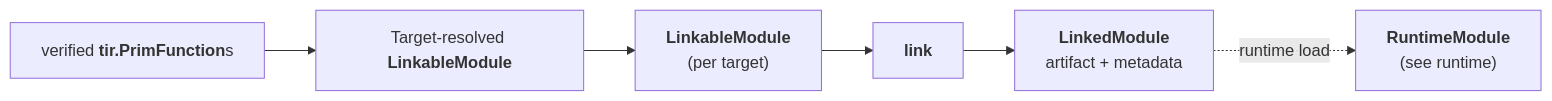
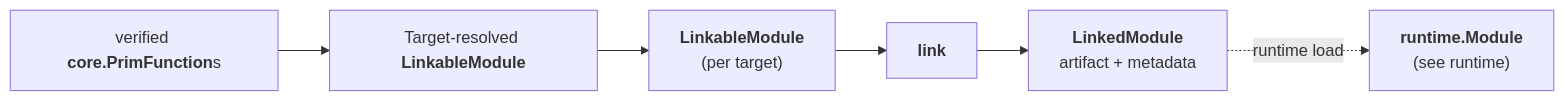
The diagram in docs/spec/codegen.md (tile-ai/TileFoundry), drawn with Mermaid before and after one commit. The commit also changed other lines of this file and 1519 other files, not shown here.

````diff
--- a/docs/spec/codegen.md
+++ b/docs/spec/codegen.md
@@ -9,12 +8,12 @@
 ```mermaid
 flowchart LR
-    TIR["verified <b>tir.PrimFunction</b>s"]
+    TIR["verified <b>core.PrimFunction</b>s"]
     Emit["Target-resolved <b>LinkableModule</b>"]
     LM["<b>LinkableModule</b><br/>(per target)"]
     Link["<b>link</b>"]
     Linked["<b>LinkedModule</b><br/>artifact + metadata"]
-    RM["<b>RuntimeModule</b><br/>(see runtime)"]
+    RM["<b>runtime.Module</b><br/>(see runtime)"]
 
     TIR --> Emit --> LM --> Link --> Linked
     Linked -. runtime load .-> RM
 ```
````
